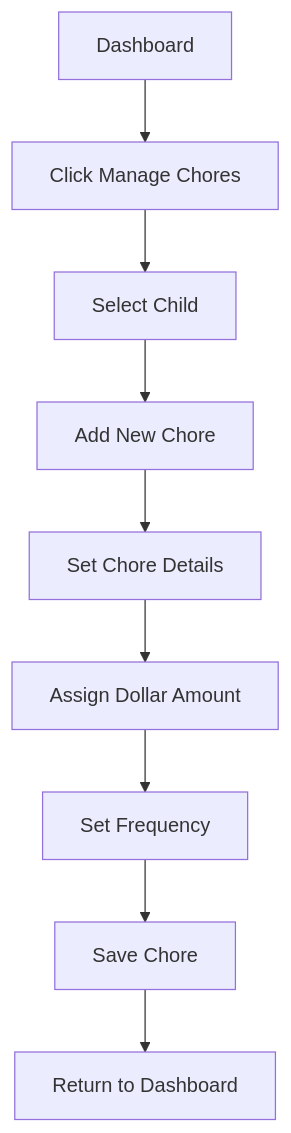
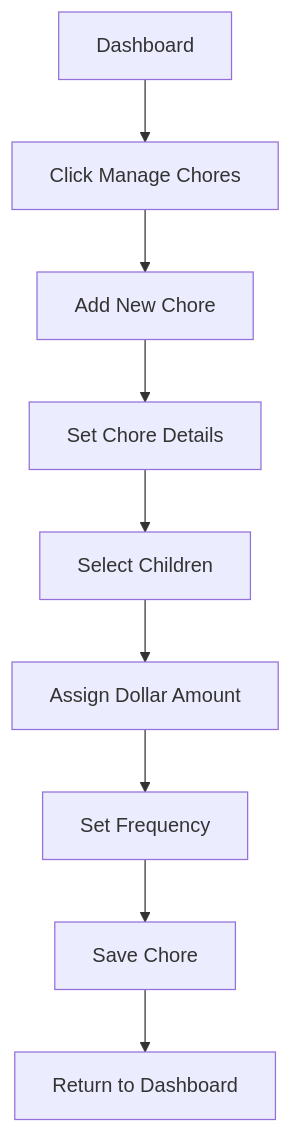
The fifth of 13 diagrams in docs/UserFlow.md (jermbo/ChoreChart), drawn with Mermaid before and after one commit. The commit also changed other lines of this file and 6 other files, not shown here.

````diff
--- a/docs/UserFlow.md
+++ b/docs/UserFlow.md
@@ -57,11 +56,11 @@
 ```mermaid
 graph TD
     A[Dashboard] --> B[Click Manage Chores]
-    B --> C[Select Child]
-    C --> D[Add New Chore]
-    D --> E[Set Chore Details]
+    B --> C[Add New Chore]
+    C --> D[Set Chore Details]
+    D --> E[Select Children]
     E --> F[Assign Dollar Amount]
     F --> G[Set Frequency]
     G --> H[Save Chore]
     H --> I[Return to Dashboard]
 ```
````
